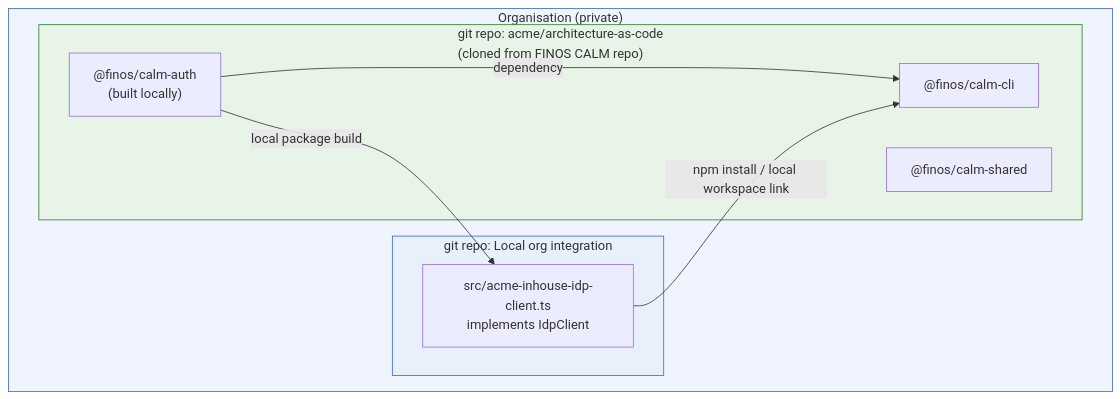
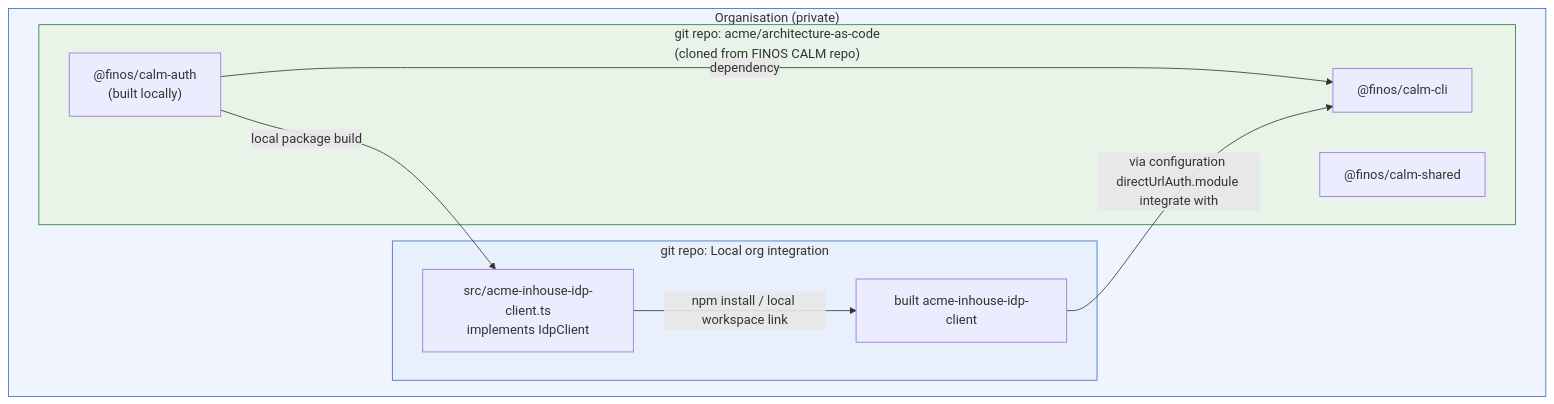
The eighth of 9 diagrams in docs/general-idp-authplugin-design.md (jimthompson5802/calm-web-repo), drawn with Mermaid before and after one commit. The commit also changed other lines of this file, not shown here.

Commit message:
feat: clarify organization module ownership and update integration diagram for direct URL authentication

````diff
--- a/docs/general-idp-authplugin-design.md
+++ b/docs/general-idp-authplugin-design.md
@@ -292,22 +292,24 @@
 ```mermaid
 graph TB
     subgraph ORG["Organisation (private)"]
         subgraph CALM_SRC["git repo: acme/architecture-as-code\n(cloned from FINOS CALM repo)"]
             SHARED["@finos/calm-shared"]
             AUTH["@finos/calm-auth\n(built locally)"]
             CLI["@finos/calm-cli"]
         end
 
         subgraph INHOUSE["git repo: Local org integration"]
             ORG_SRC["src/acme-inhouse-idp-client.ts\nimplements IdpClient"]
+            ORG_AUTH["built acme-inhouse-idp-client"]
         end
 
         AUTH -- "local package build" --> ORG_SRC
         AUTH -- "dependency" --> CLI
-        ORG_SRC -- "npm install / local workspace link" --> CLI
+        ORG_SRC -- "npm install / local workspace link" --> ORG_AUTH
+        ORG_AUTH -- "via configuration directUrlAuth.module integrate with" --> CLI
     end
 
     style CALM_SRC fill:#e8f4e8,stroke:#2d7a2d
     style INHOUSE fill:#e8f0fb,stroke:#3a6bc4
     style ORG fill:#f0f4ff,stroke:#3a6bc4
 ```
````
